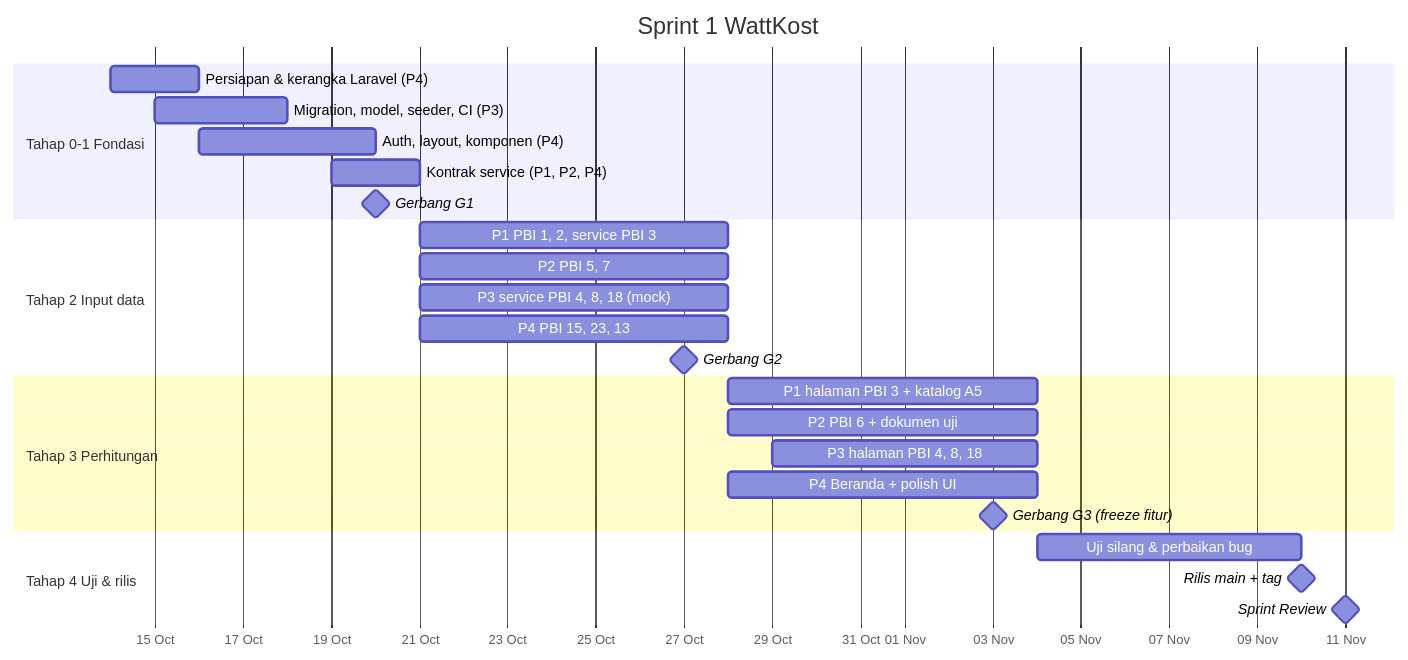
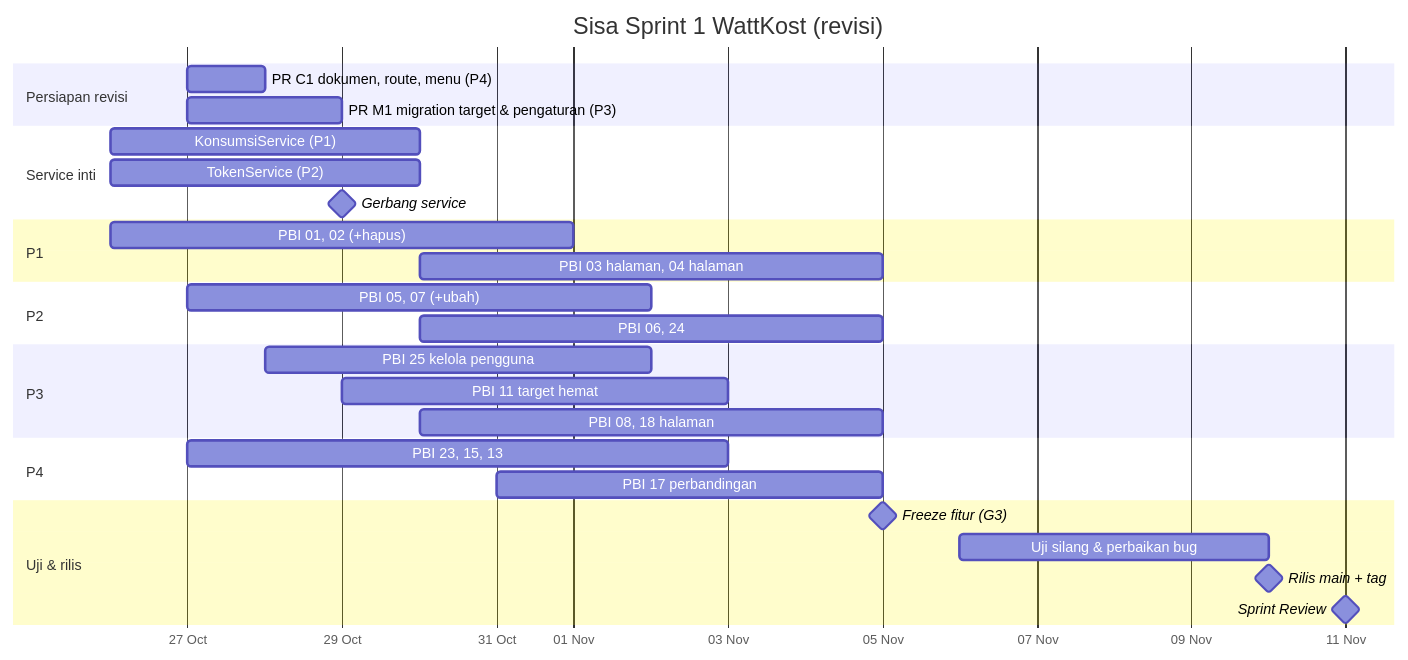
The diagram in docs/TAHAPAN-SPRINT-1.md (PPLkelompokC-24-01/wattkost), drawn with Mermaid before and after one commit. The commit also changed other lines of this file and 22 other files, not shown here.

Commit message:
chore: persiapan PBI tambahan sprint 1 (revisi aturan CRUD)

````diff
--- a/docs/TAHAPAN-SPRINT-1.md
+++ b/docs/TAHAPAN-SPRINT-1.md
@@ -9,28 +17,31 @@
 ```mermaid
 gantt
-  title Sprint 1 WattKost
+  title Sisa Sprint 1 WattKost (revisi)
   dateFormat YYYY-MM-DD
   axisFormat %d %b
-  section Tahap 0-1 Fondasi
-  Persiapan & kerangka Laravel (P4)   :t0, 2026-10-14, 2d
-  Migration, model, seeder, CI (P3)   :t1a, 2026-10-15, 3d
-  Auth, layout, komponen (P4)         :t1b, 2026-10-16, 4d
-  Kontrak service (P1, P2, P4)        :t1c, 2026-10-19, 2d
-  Gerbang G1                          :milestone, g1, 2026-10-20, 0d
-  section Tahap 2 Input data
-  P1 PBI 1, 2, service PBI 3          :p1a, 2026-10-21, 7d
-  P2 PBI 5, 7                         :p2a, 2026-10-21, 7d
-  P3 service PBI 4, 8, 18 (mock)      :p3a, 2026-10-21, 7d
-  P4 PBI 15, 23, 13                   :p4a, 2026-10-21, 7d
-  Gerbang G2                          :milestone, g2, 2026-10-27, 0d
-  section Tahap 3 Perhitungan
-  P1 halaman PBI 3 + katalog A5       :p1b, 2026-10-28, 7d
-  P2 PBI 6 + dokumen uji              :p2b, 2026-10-28, 7d
-  P3 halaman PBI 4, 8, 18             :p3b, 2026-10-29, 6d
-  P4 Beranda + polish UI              :p4b, 2026-10-28, 7d
-  Gerbang G3 (freeze fitur)           :milestone, g3, 2026-11-03, 0d
-  section Tahap 4 Uji & rilis
-  Uji silang & perbaikan bug          :t4, 2026-11-04, 6d
-  Rilis main + tag                    :milestone, g4, 2026-11-10, 0d
-  Sprint Review                       :milestone, rv, 2026-11-11, 0d
+  section Persiapan revisi
+  PR C1 dokumen, route, menu (P4)        :c1, 2026-10-27, 1d
+  PR M1 migration target & pengaturan (P3) :m1, 2026-10-27, 2d
+  section Service inti
+  KonsumsiService (P1)                   :ks, 2026-10-26, 4d
+  TokenService (P2)                      :ts, 2026-10-26, 4d
+  Gerbang service                        :milestone, gs, 2026-10-29, 0d
+  section P1
+  PBI 01, 02 (+hapus)                    :p1a, 2026-10-26, 6d
+  PBI 03 halaman, 04 halaman             :p1b, 2026-10-30, 6d
+  section P2
+  PBI 05, 07 (+ubah)                     :p2a, 2026-10-27, 6d
+  PBI 06, 24                             :p2b, 2026-10-30, 6d
+  section P3
+  PBI 25 kelola pengguna                 :p3a, 2026-10-28, 5d
+  PBI 11 target hemat                    :p3b, 2026-10-29, 5d
+  PBI 08, 18 halaman                     :p3c, 2026-10-30, 6d
+  section P4
+  PBI 23, 15, 13                         :p4a, 2026-10-27, 7d
+  PBI 17 perbandingan                    :p4b, 2026-10-31, 5d
+  section Uji & rilis
+  Freeze fitur (G3)                      :milestone, g3, 2026-11-05, 0d
+  Uji silang & perbaikan bug             :t4, 2026-11-06, 4d
+  Rilis main + tag                       :milestone, g4, 2026-11-10, 0d
+  Sprint Review                          :milestone, rv, 2026-11-11, 0d
 ```
````
